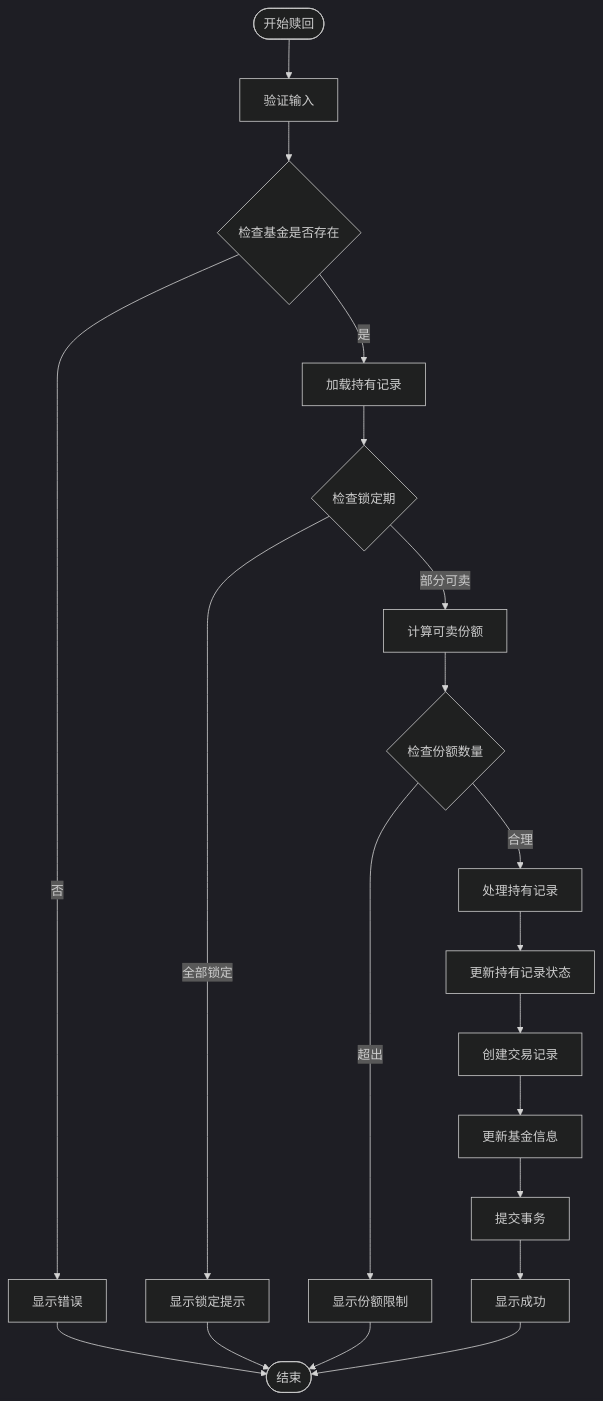
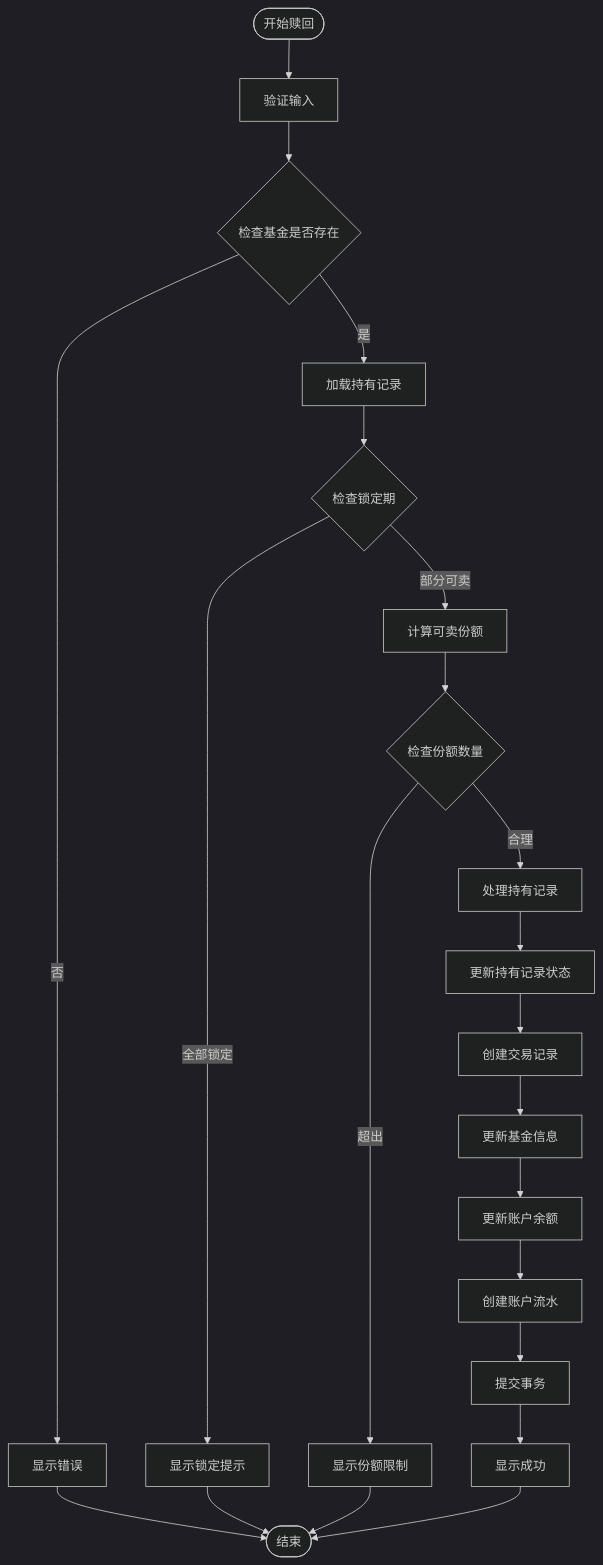
Before and after one commit to xiao-lin-unit/yuan: the fifth of 8 diagrams in .qoder/repowiki/zh/content/资产管理/基金管理.md, drawn with Mermaid (dark theme). The commit also changed other lines of this file and 9 other files, not shown here.

````diff
--- a/.qoder/repowiki/zh/content/资产管理/基金管理.md
+++ b/.qoder/repowiki/zh/content/资产管理/基金管理.md
@@ -258,22 +284,24 @@
 ```mermaid
 flowchart TD
 Start([开始赎回]) --> Validate[验证输入]
 Validate --> CheckFund{检查基金是否存在}
 CheckFund --> |否| Error1[显示错误]
 CheckFund --> |是| LoadHoldings[加载持有记录]
 LoadHoldings --> CheckLock{检查锁定期}
 CheckLock --> |全部锁定| Error2[显示锁定提示]
 CheckLock --> |部分可卖| CalcShares[计算可卖份额]
 CalcShares --> CheckAmount{检查份额数量}
 CheckAmount --> |超出| Error3[显示份额限制]
 CheckAmount --> |合理| ProcessHoldings[处理持有记录]
 ProcessHoldings --> UpdateHoldings[更新持有记录状态]
 UpdateHoldings --> CreateTransaction[创建交易记录]
 CreateTransaction --> UpdateFund[更新基金信息]
-UpdateFund --> Commit[提交事务]
+UpdateFund --> UpdateAccount[更新账户余额]
+UpdateAccount --> CreateAccountTransaction[创建账户流水]
+CreateAccountTransaction --> Commit[提交事务]
 Commit --> Success[显示成功]
 Error1 --> End([结束])
 Error2 --> End
 Error3 --> End
 Success --> End
 ```
````
